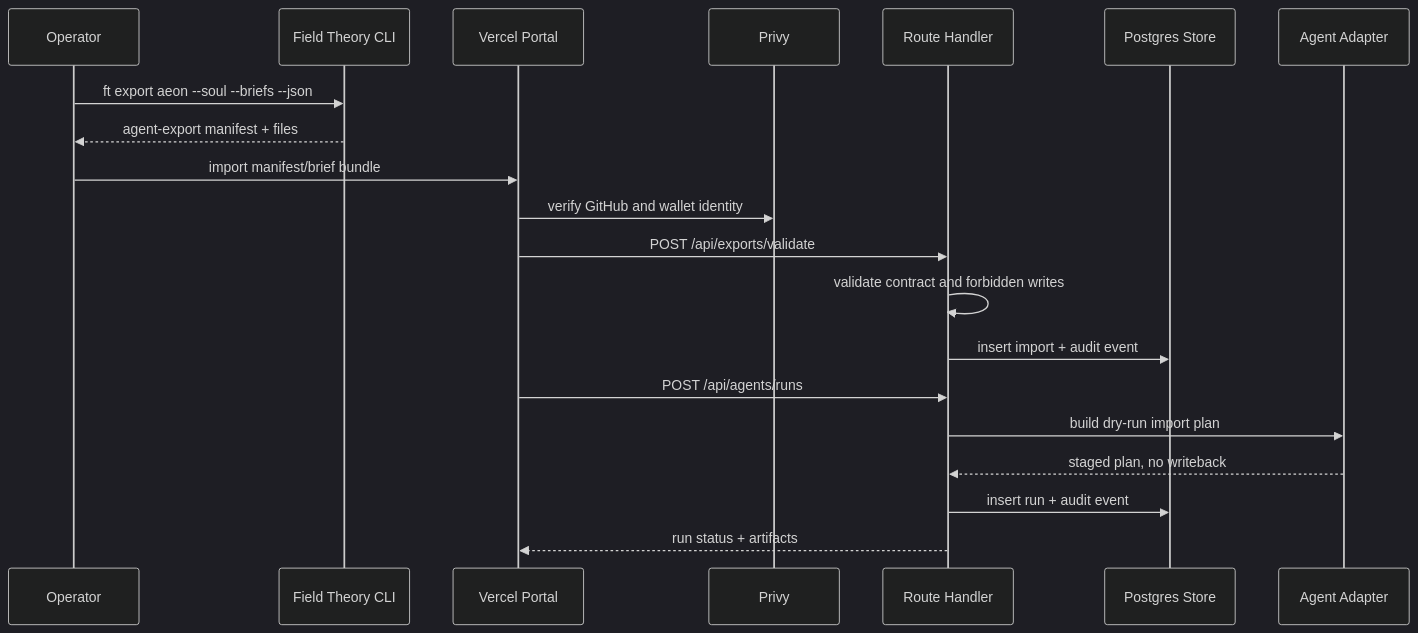
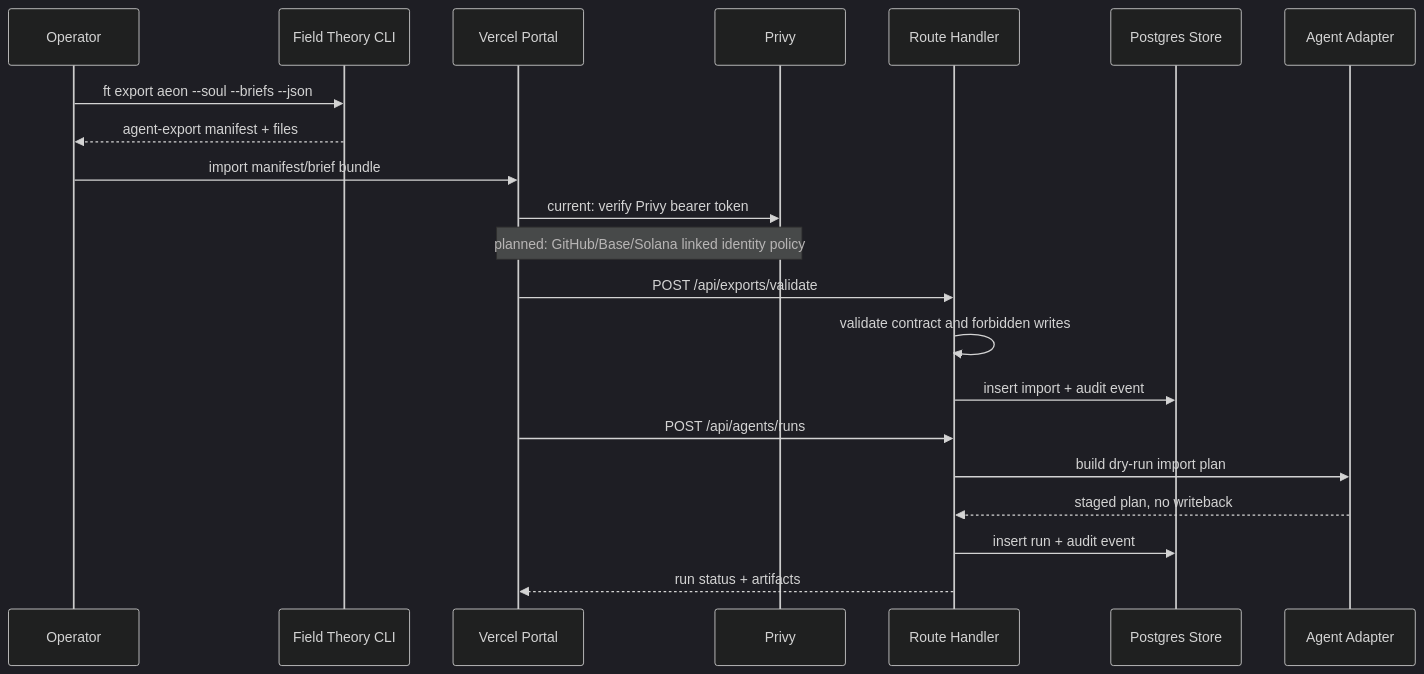
One commit to chipoto69/fieldtheory changed the second of 3 diagrams in docs/architecture/hosted-agentic-suite.md. Above: the diagram before and after it, drawn with Mermaid (dark theme). The commit also changed 17 other files, not shown here.

````diff
--- a/docs/architecture/hosted-agentic-suite.md
+++ b/docs/architecture/hosted-agentic-suite.md
@@ -70,23 +70,24 @@
 ```mermaid
 sequenceDiagram
   participant O as Operator
   participant CLI as Field Theory CLI
   participant Web as Vercel Portal
   participant Auth as Privy
   participant API as Route Handler
   participant Store as Postgres Store
   participant Agent as Agent Adapter
 
   O->>CLI: ft export aeon --soul --briefs --json
   CLI-->>O: agent-export manifest + files
   O->>Web: import manifest/brief bundle
-  Web->>Auth: verify GitHub and wallet identity
+  Web->>Auth: current: verify Privy bearer token
+  Note over Web,Auth: planned: GitHub/Base/Solana linked identity policy
   Web->>API: POST /api/exports/validate
   API->>API: validate contract and forbidden writes
   API->>Store: insert import + audit event
   Web->>API: POST /api/agents/runs
   API->>Agent: build dry-run import plan
   Agent-->>API: staged plan, no writeback
   API->>Store: insert run + audit event
   API-->>Web: run status + artifacts
 ```
````
